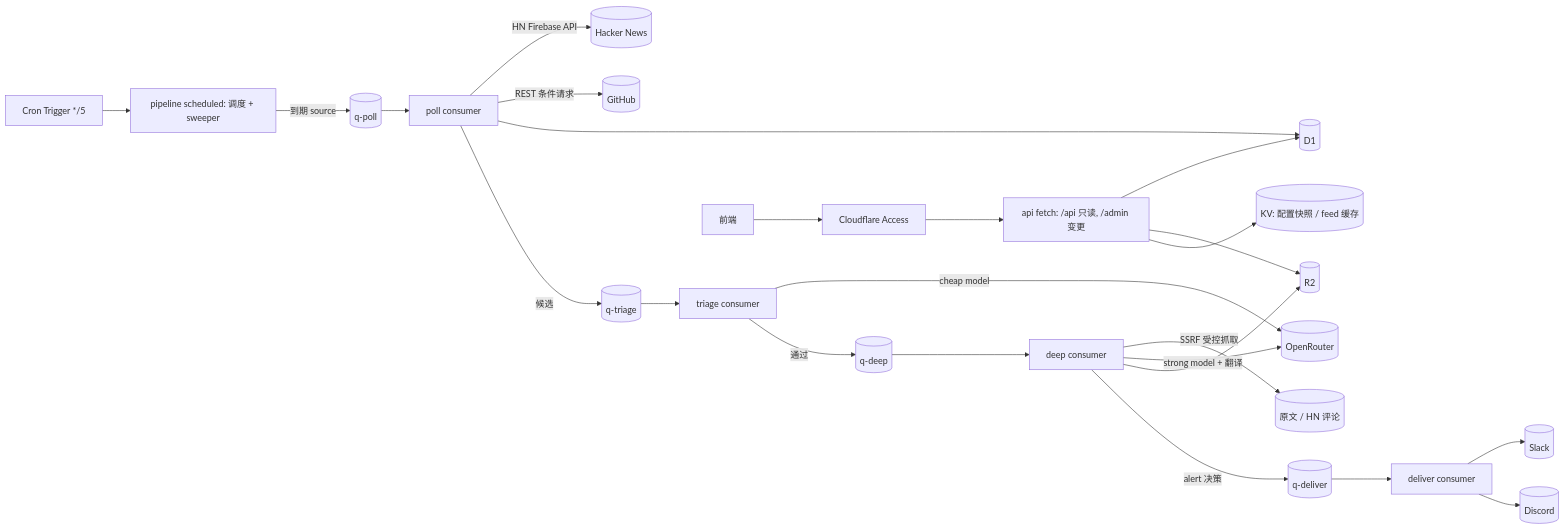
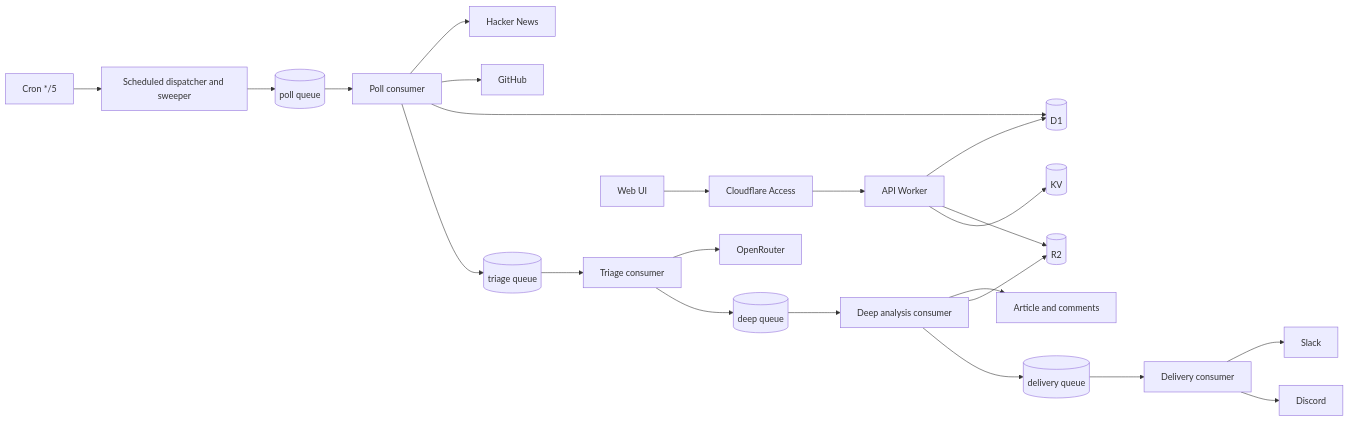
The first of 2 diagrams in docs/architecture-v1.md (fang2hou/ai-moves), drawn with Mermaid before and after one commit. The commit also changed other lines of this file and 10 other files, not shown here.

````diff
--- a/docs/architecture-v1.md
+++ b/docs/architecture-v1.md
@@ -44,25 +27,24 @@
 ```mermaid
 flowchart LR
-  CRON[Cron Trigger */5] --> SCH[pipeline scheduled: 调度 + sweeper]
-  SCH -->|到期 source| QP[(q-poll)]
-  QP --> POLL[poll consumer]
-  POLL -->|HN Firebase API| HN[(Hacker News)]
-  POLL -->|REST 条件请求| GH[(GitHub)]
+  CRON[Cron */5] --> SCH[Scheduled dispatcher and sweeper]
+  SCH --> QP[(poll queue)]
+  QP --> POLL[Poll consumer]
+  POLL --> HN[Hacker News]
+  POLL --> GH[GitHub]
   POLL --> D1[(D1)]
-  POLL -->|候选| QT[(q-triage)]
-  QT --> TRI[triage consumer]
-  TRI -->|cheap model| OR[(OpenRouter)]
-  TRI -->|通过| QD[(q-deep)]
-  QD --> DEEP[deep consumer]
-  DEEP -->|SSRF 受控抓取| WEB[(原文 / HN 评论)]
-  DEEP -->|strong model + 翻译| OR
+  POLL --> QT[(triage queue)]
+  QT --> TRI[Triage consumer]
+  TRI --> LLM[OpenRouter]
+  TRI --> QD[(deep queue)]
+  QD --> DEEP[Deep analysis consumer]
+  DEEP --> WEB[Article and comments]
   DEEP --> R2[(R2)]
-  DEEP -->|alert 决策| QV[(q-deliver)]
-  QV --> DLV[deliver consumer]
-  DLV --> SL[(Slack)]
-  DLV --> DC[(Discord)]
-  FE[前端] --> ACC[Cloudflare Access] --> API[api fetch: /api 只读, /admin 变更]
+  DEEP --> QV[(delivery queue)]
+  QV --> DLV[Delivery consumer]
+  DLV --> SL[Slack]
+  DLV --> DC[Discord]
+  FE[Web UI] --> ACCESS[Cloudflare Access] --> API[API Worker]
   API --> D1
   API --> R2
-  API --> KV[(KV: 配置快照 / feed 缓存)]
+  API --> KV[(KV)]
 ```
````
